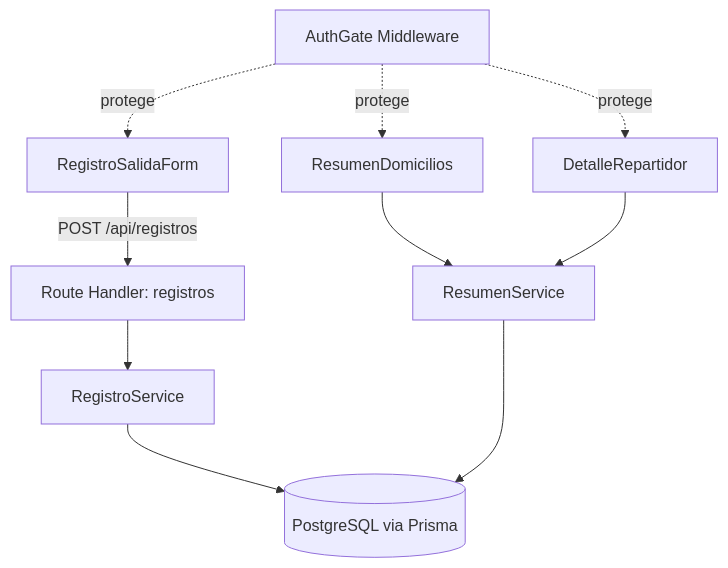
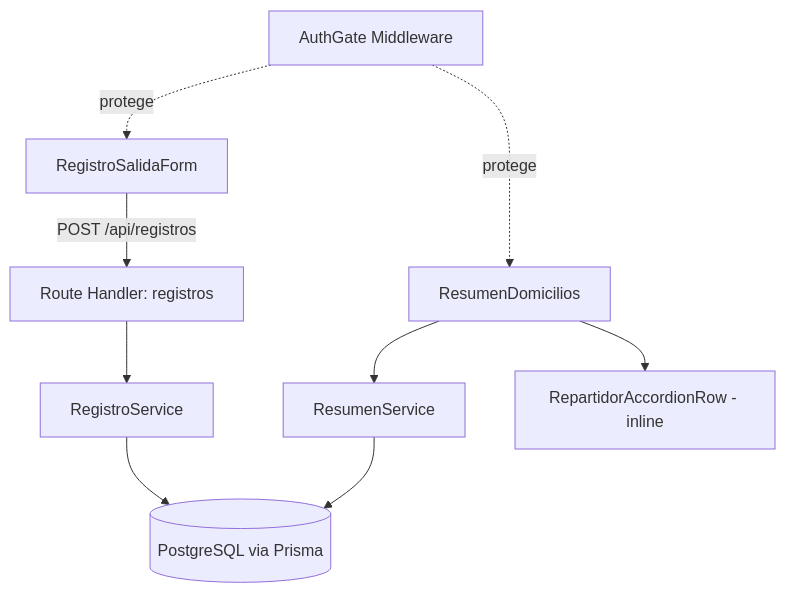
Before and after one commit to ccgg1997/example-BMAD: the second of 6 diagrams in docs/architecture.md, drawn with Mermaid. The commit also changed other lines of this file and 7 other files, not shown here.

Commit message:
feat: Update architecture and planning documents to reflect inline accordion design for delivery summary

````diff
--- a/docs/architecture.md
+++ b/docs/architecture.md
@@ -361,14 +362,13 @@
 ```mermaid
 graph TD
     UI1[RegistroSalidaForm] -->|POST /api/registros| API1[Route Handler: registros]
     API1 --> SVC1[RegistroService]
     SVC1 --> DB1[(PostgreSQL via Prisma)]
 
     UI2[ResumenDomicilios] --> SVC2[ResumenService]
-    UI3[DetalleRepartidor] --> SVC2
+    UI2 --> UI3[RepartidorAccordionRow - inline]
     SVC2 --> DB1
 
     MW[AuthGate Middleware] -.protege.-> UI1
     MW -.protege.-> UI2
-    MW -.protege.-> UI3
 ```
````
